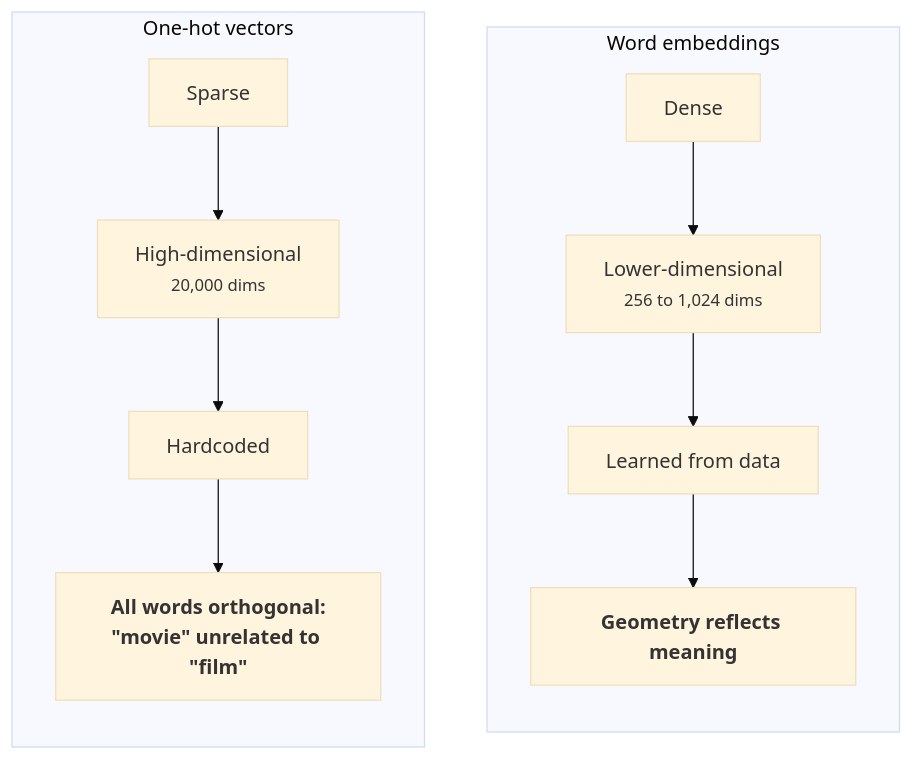
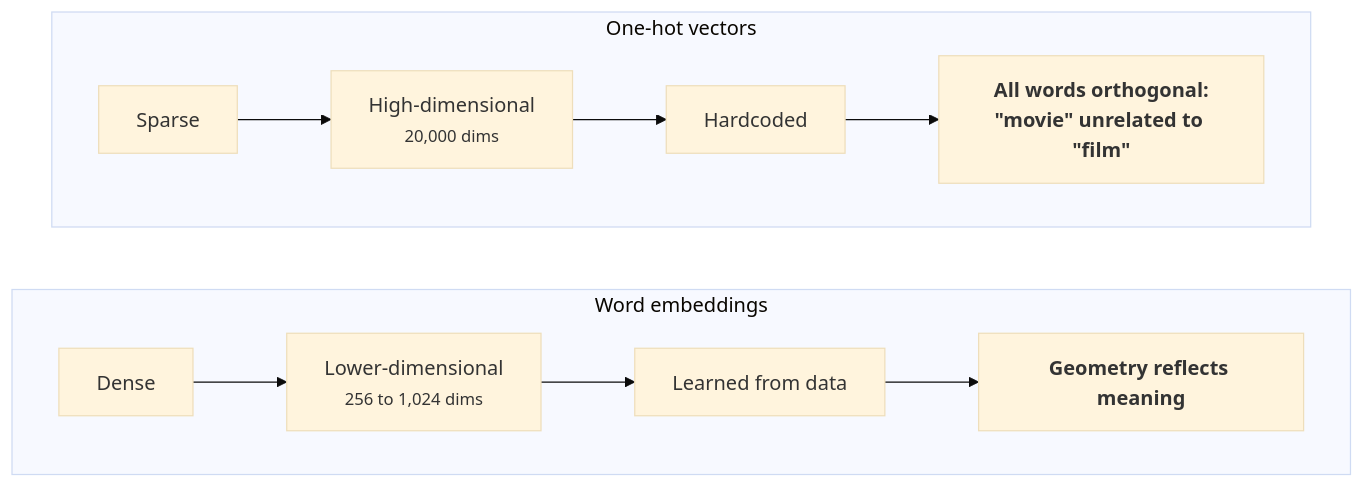
The diagram in figs/ch14-embed.mmd (situkangsayur/dnd-ai-products-services-pro-course-slides), drawn with Mermaid (base theme) before and after one commit. The commit also changed 148 other files, not shown here.

First line of the commit message:
Diagram yang mengecil: tuntas. 0 dari 191 figur tampil di bawah 55%

```diff
--- a/figs/ch14-embed.mmd
+++ b/figs/ch14-embed.mmd
@@ -1,16 +1,17 @@
-%% direction chosen by tools/figures.py: this renders
-%% better in the space a slide gives it. Edit the deck
-%% source, not this file.
 
-flowchart LR
+%% Two rows of four rather than two columns of four: the comparison is
+%% attribute-by-attribute, so the attributes should line up across the rows --
+%% and four across fits the space a slide gives a figure, where four down does
+%% not.
+flowchart TB
   subgraph O["One-hot vectors"]
-    direction TB
+    direction LR
     O1["Sparse"] --> O2["High-dimensional<br/><small>20,000 dims</small>"] --> O3["Hardcoded"]
     O3 --> O4["<b>All words orthogonal:<br/>&quot;movie&quot; unrelated to &quot;film&quot;</b>"]
   end
   subgraph E["Word embeddings"]
-    direction TB
+    direction LR
     E1["Dense"] --> E2["Lower-dimensional<br/><small>256 to 1,024 dims</small>"] --> E3["Learned from data"]
     E3 --> E4["<b>Geometry reflects meaning</b>"]
   end
   O ~~~ E
```
